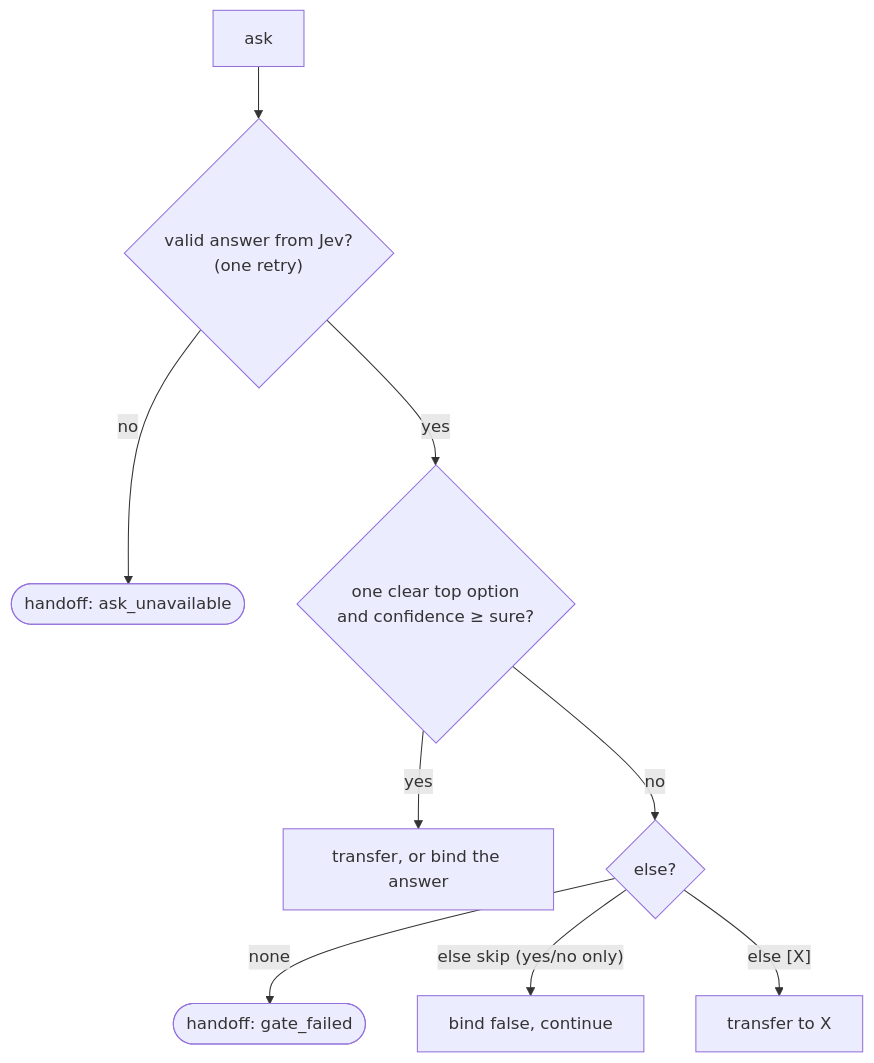
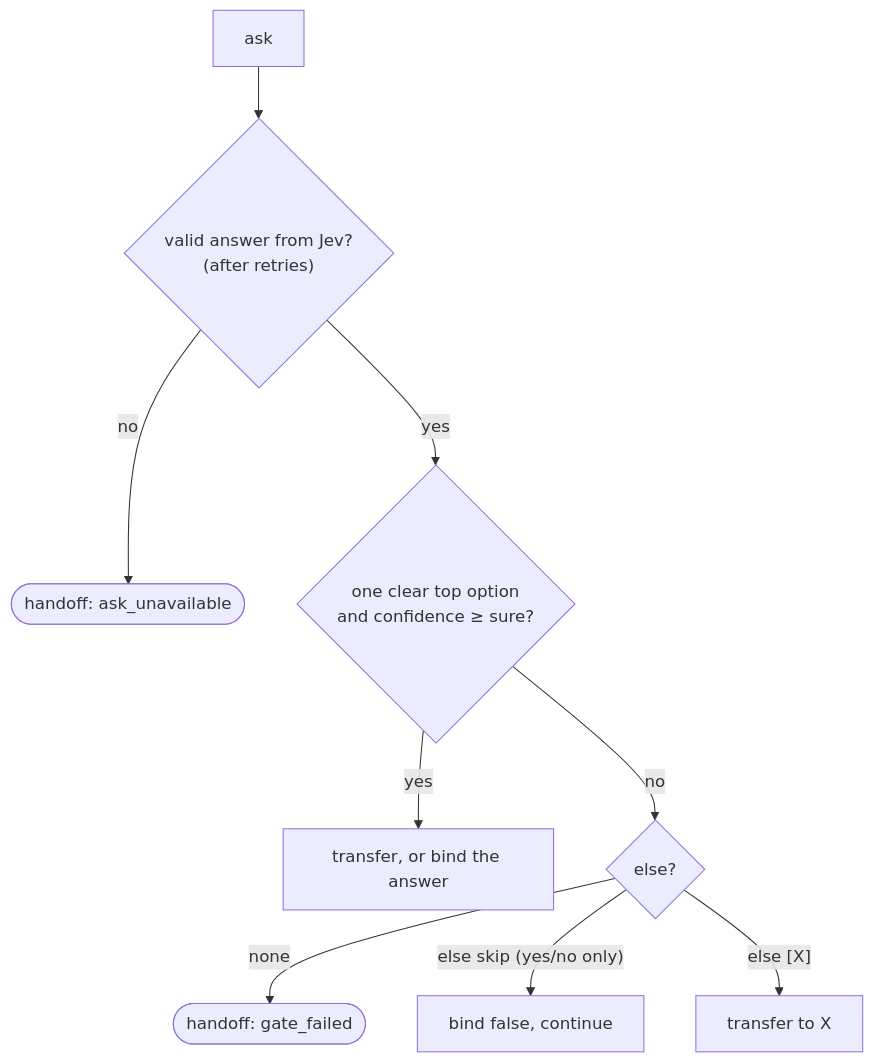
One commit to mattyv/skope changed the second of 7 diagrams in SPEC.md. Above: the diagram before and after it, drawn with Mermaid. The commit also changed other lines of this file, not shown here.

First line of the commit message:
Make backend retries configurable (rev 13)

````diff
--- a/SPEC.md
+++ b/SPEC.md
@@ -411,11 +411,11 @@
 ```mermaid
 flowchart TD
-  ask["ask"] --> jev{"valid answer from Jev?<br/>(one retry)"}
+  ask["ask"] --> jev{"valid answer from Jev?<br/>(after retries)"}
   jev -- "no" --> h1(["handoff: ask_unavailable"])
   jev -- "yes" --> gate{"one clear top option<br/>and confidence ≥ sure?"}
   gate -- "yes" --> go["transfer, or bind the answer"]
   gate -- "no" --> els{"else?"}
   els -- "none" --> h2(["handoff: gate_failed"])
   els -- "else skip (yes/no only)" --> skip["bind false, continue"]
   els -- "else [X]" --> x["transfer to X"]
 ```
````
